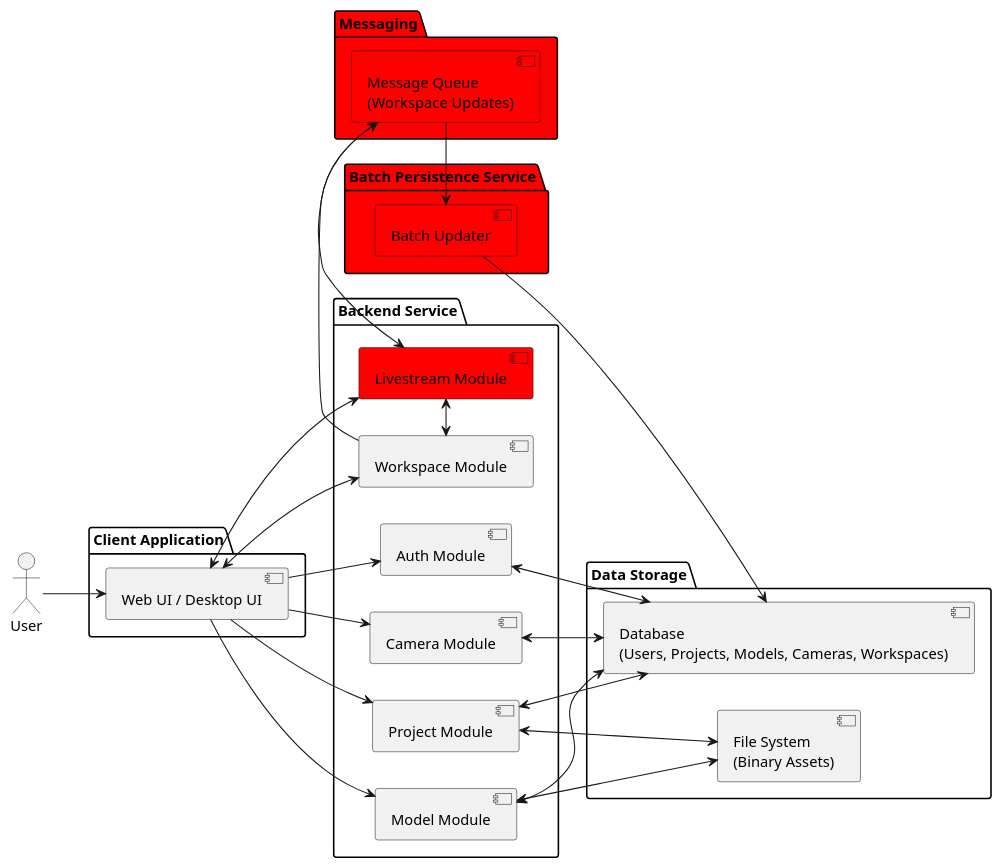
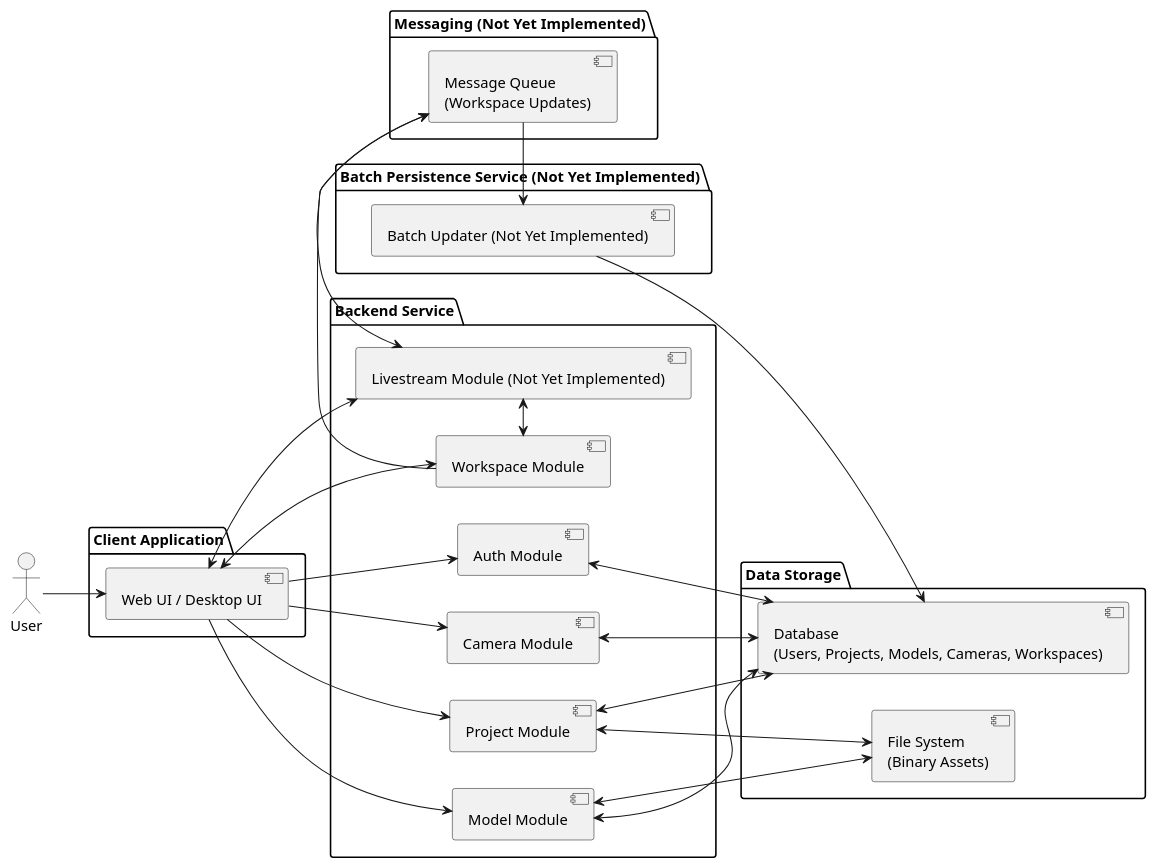
Before and after one commit to Ministry-of-Learning-of-Jura-Kites/OmniCam: the diagram in docs/diagrams/system_architecture.puml, drawn with PlantUML. The commit also changed 6 other files, not shown here.

Commit message:
Add 'Not Yet Implemented' to diagrams

```diff
--- a/docs/diagrams/system_architecture.puml
+++ b/docs/diagrams/system_architecture.puml
@@ -1,60 +1,60 @@
 @startuml OmniCam System Architecture Diagram
 left to right direction
 
 actor User
 
 package "Client Application" {
   [Web UI / Desktop UI] as UI
 }
 
 package "Backend Service" {
   [Auth Module] as Auth
   [Model Module] as Model
   [Project Module] as Project
   together {
     [Workspace Module] as Workspace
-    [Livestream Module] as Livestream #red
+    [Livestream Module (Not Yet Implemented)] as Livestream
   }
   [Camera Module] as Camera
 }
 
-package "Batch Persistence Service"  #red {
-  [Batch Updater] as BatchUpdater  #red
+package "Batch Persistence Service (Not Yet Implemented)" {
+  [Batch Updater (Not Yet Implemented)] as BatchUpdater
 }
 
 package "Data Storage" {
   [Database\n(Users, Projects, Models, Cameras, Workspaces)] as DB
   [File System\n(Binary Assets)] as Repo
 }
 
-package "Messaging" #red {
-  [Message Queue\n(Workspace Updates)] as MessageQueue  #red
+package "Messaging (Not Yet Implemented)" {
+  [Message Queue\n(Workspace Updates)] as MessageQueue
 }
 
 ' Actors interact with UI
 User --> UI
 
 ' Client calls backend
 UI <--> Workspace
 UI <-> Livestream
 UI --> Auth
 UI --> Project
 UI --> Model
 UI --> Camera
 
 ' Workspace Livestream
 Workspace <-> Livestream
 BatchUpdater <- MessageQueue
 BatchUpdater -down-> DB
 
 ' Backend to storage
 Auth <-> DB
 Project <-> DB
 Project <-> Repo
 Model <-> DB
 Model <-> Repo
 Workspace -> MessageQueue
 Livestream <-> MessageQueue
 Camera <--> DB
 
 @enduml
```
